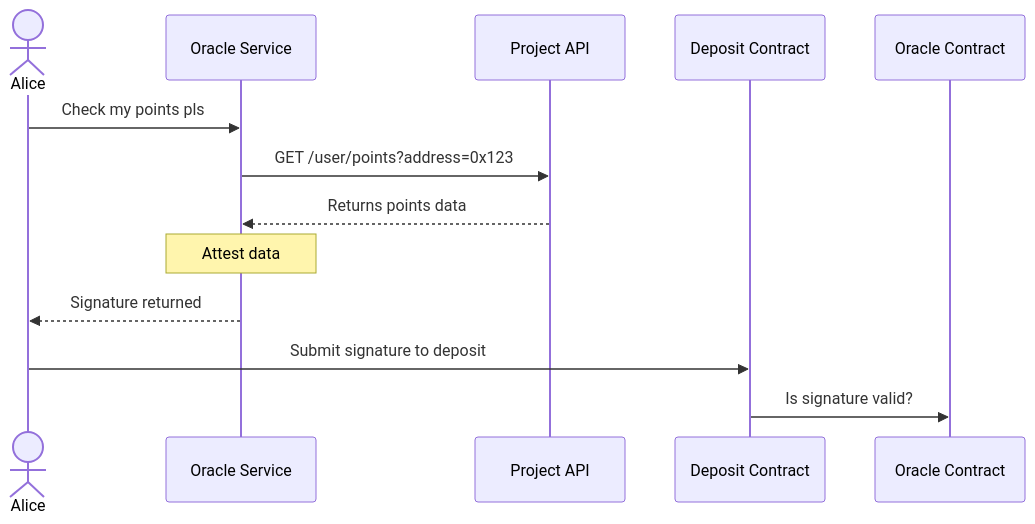
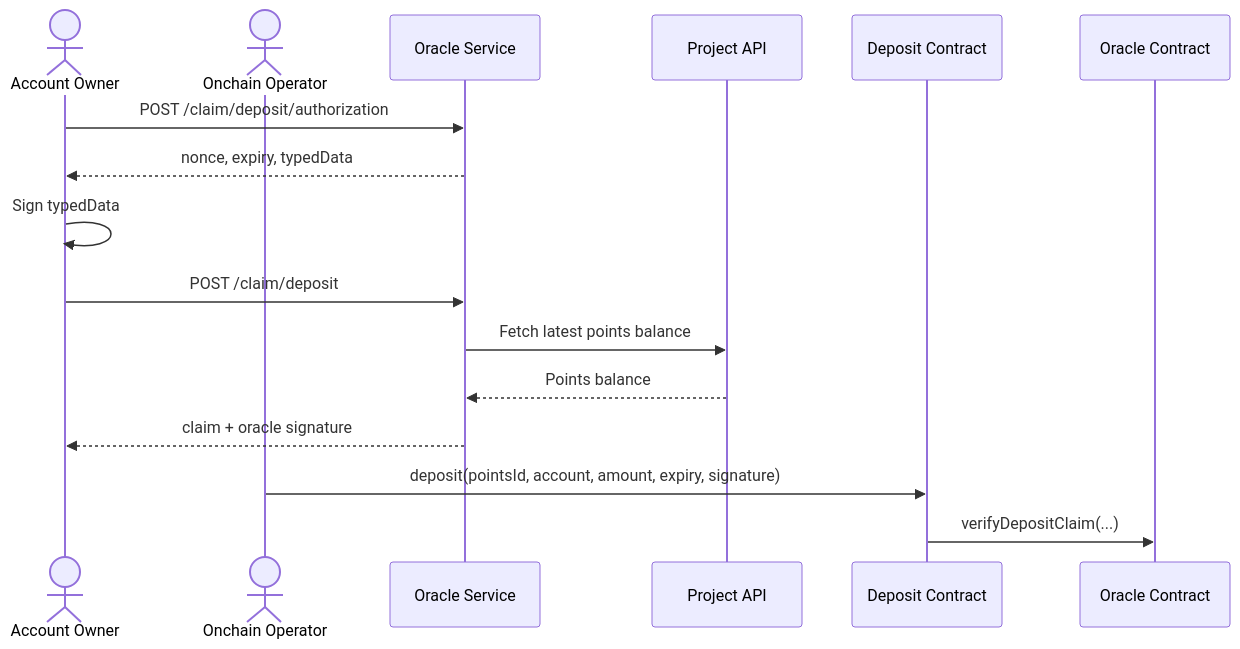
One commit to 0xPortalLabs/docs changed the diagram in architecture/oracle-system.mdx. Above: the diagram before and after it, drawn with Mermaid. The commit also changed other lines of this file and 3 other files, not shown here.

````diff
--- a/architecture/oracle-system.mdx
+++ b/architecture/oracle-system.mdx
@@ -28,18 +37,19 @@
 ```mermaid
 sequenceDiagram
-    actor Alice
+    actor Owner as Account Owner
+    actor Operator as Onchain Operator
     participant Oracle as Oracle Service
     participant PointsAPI as Project API
-    participant Deposit Contract
-    participant Oracle Contract
+    participant Deposit as Deposit Contract
+    participant OracleContract as Oracle Contract
 
-    Alice->>Oracle: Check my points pls
-    Oracle->>PointsAPI: GET /user/points?address=0x123
-    PointsAPI-->>Oracle: Returns points data
-
-    Note over Oracle: Attest data
-    Oracle-->>Alice: Signature returned
-
-    Alice->>Deposit Contract: Submit signature to deposit
-    Deposit Contract->>Oracle Contract: Is signature valid?
+    Owner->>Oracle: POST /claim/deposit/authorization
+    Oracle-->>Owner: nonce, expiry, typedData
+    Owner->>Owner: Sign typedData
+    Owner->>Oracle: POST /claim/deposit
+    Oracle->>PointsAPI: Fetch latest points balance
+    PointsAPI-->>Oracle: Points balance
+    Oracle-->>Owner: claim + oracle signature
+    Operator->>Deposit: deposit(pointsId, account, amount, expiry, signature)
+    Deposit->>OracleContract: verifyDepositClaim(...)
 ```
````
